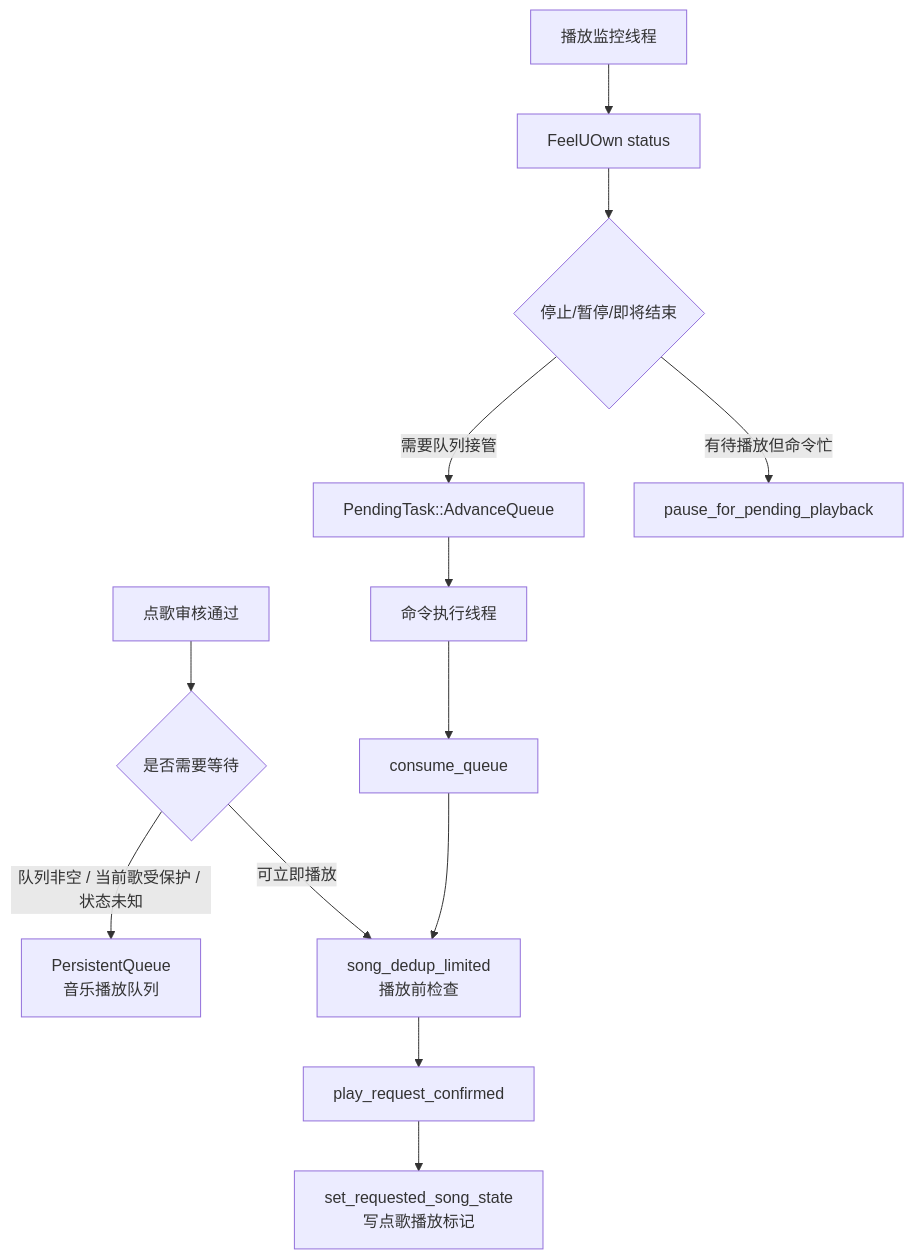
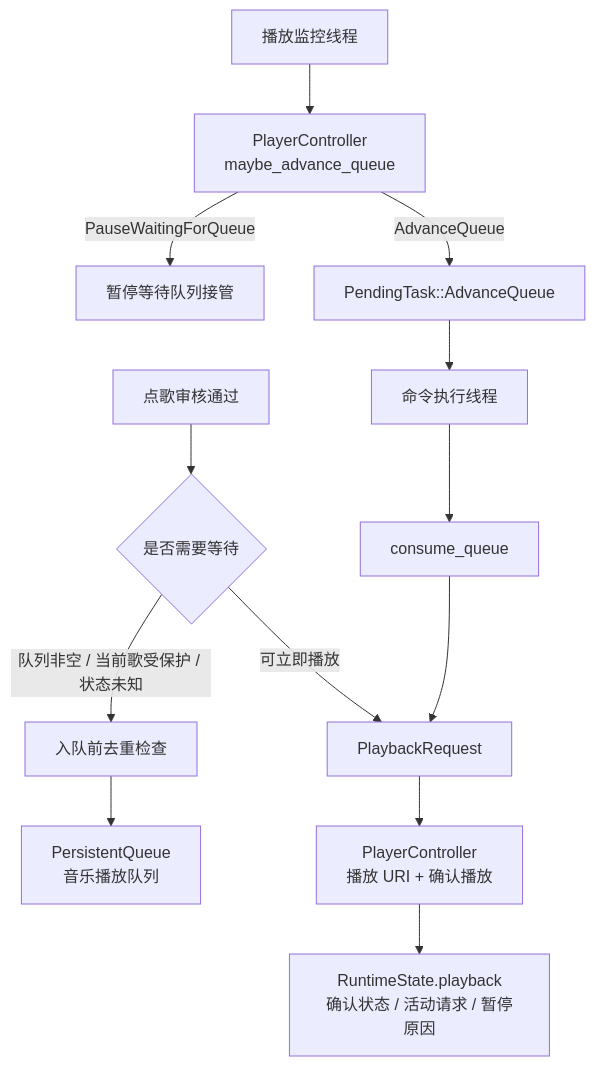
The diagram in docs/playback-queue-flow.md (XingNian-www/Miliastra-Wonderland-Music), drawn with Mermaid before and after one commit. The commit also changed other lines of this file and 22 other files, not shown here.

````diff
--- a/docs/playback-queue-flow.md
+++ b/docs/playback-queue-flow.md
@@ -13,15 +13,15 @@
 ```mermaid
 flowchart TD
     A["点歌审核通过"] --> B{"是否需要等待"}
-    B -->|队列非空 / 当前歌受保护 / 状态未知| C["PersistentQueue<br/>音乐播放队列"]
-    B -->|可立即播放| M["song_dedup_limited<br/>播放前检查"]
-    M --> D["play_request_confirmed"]
-    D --> E["set_requested_song_state<br/>写点歌播放标记"]
-    F["播放监控线程"] --> G["FeelUOwn status"]
-    G --> H{"停止/暂停/即将结束"}
-    H -->|需要队列接管| I["PendingTask::AdvanceQueue"]
-    H -->|有待播放但命令忙| J["pause_for_pending_playback"]
-    I --> K["命令执行线程"]
-    K --> L["consume_queue"]
-    L --> M
+    B -->|队列非空 / 当前歌受保护 / 状态未知| C["入队前去重检查"]
+    C --> D["PersistentQueue<br/>音乐播放队列"]
+    B -->|可立即播放| E["PlaybackRequest"]
+    E --> F["PlayerController<br/>播放 URI + 确认播放"]
+    F --> G["RuntimeState.playback<br/>确认状态 / 活动请求 / 暂停原因"]
+    H["播放监控线程"] --> I["PlayerController<br/>maybe_advance_queue"]
+    I -->|PauseWaitingForQueue| J["暂停等待队列接管"]
+    I -->|AdvanceQueue| K["PendingTask::AdvanceQueue"]
+    K --> L["命令执行线程"]
+    L --> M["consume_queue"]
+    M --> E
 ```
````
